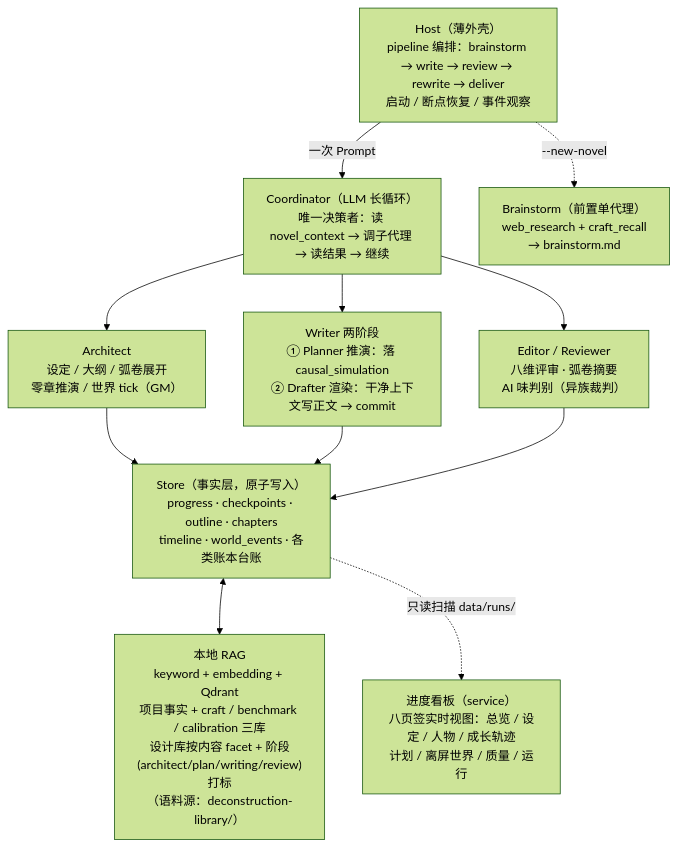
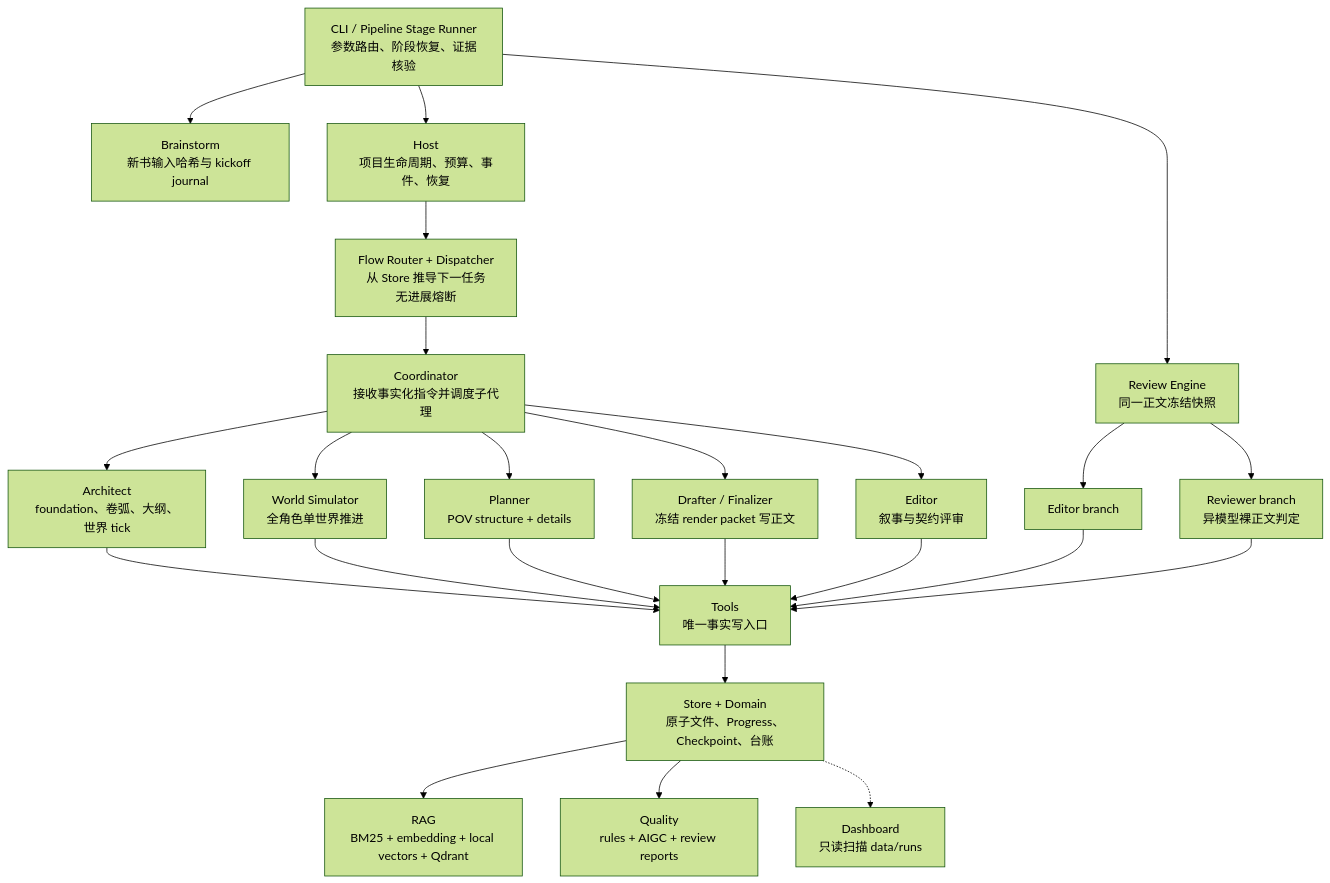
One commit to Xiaoyangy/novel-studio changed the first of 2 diagrams in README.md. Above: the diagram before and after it, drawn with Mermaid (forest theme). The commit also changed other lines of this file, not shown here.

Commit message:
docs: refresh architecture readme

````diff
--- a/README.md
+++ b/README.md
@@ -292,14 +121,30 @@
-```mermaid
+~~~mermaid
 flowchart TD
-    P["Host（薄外壳）<br/>pipeline 编排：brainstorm → write → review → rewrite → deliver<br/>启动 / 断点恢复 / 事件观察"]
-    P -->|一次 Prompt| CO["Coordinator（LLM 长循环）<br/>唯一决策者：读 novel_context → 调子代理 → 读结果 → 继续"]
-    P -.->|"--new-novel"| BS["Brainstorm（前置单代理）<br/>web_research + craft_recall<br/>→ brainstorm.md"]
-    CO --> AR["Architect<br/>设定 / 大纲 / 弧卷展开<br/>零章推演 / 世界 tick（GM）"]
-    CO --> WR["Writer 两阶段<br/>① Planner 推演：落 causal_simulation<br/>② Drafter 渲染：干净上下文写正文 → commit"]
-    CO --> ED["Editor / Reviewer<br/>八维评审 · 弧卷摘要<br/>AI 味判别（异族裁判）"]
-    AR --> ST["Store（事实层，原子写入）<br/>progress · checkpoints · outline · chapters<br/>timeline · world_events · 各类账本台账"]
-    WR --> ST
-    ED --> ST
-    ST <--> RAG["本地 RAG<br/>keyword + embedding + Qdrant<br/>项目事实 + craft / benchmark / calibration 三库<br/>设计库按内容 facet + 阶段(architect/plan/writing/review)打标<br/>（语料源：deconstruction-library/）"]
-    ST -.->|"只读扫描 data/runs/"| VIEW["进度看板（service）<br/>八页签实时视图：总览 / 设定 / 人物 / 成长轨迹<br/>计划 / 离屏世界 / 质量 / 运行"]
-```
+    CLI["CLI / Pipeline Stage Runner<br/>参数路由、阶段恢复、证据核验"] --> BS["Brainstorm<br/>新书输入哈希与 kickoff journal"]
+    CLI --> HOST["Host<br/>项目生命周期、预算、事件、恢复"]
+    HOST --> FLOW["Flow Router + Dispatcher<br/>从 Store 推导下一任务<br/>无进展熔断"]
+    FLOW --> CO["Coordinator<br/>接收事实化指令并调度子代理"]
+
+    CO --> AR["Architect<br/>foundation、卷弧、大纲、世界 tick"]
+    CO --> WS["World Simulator<br/>全角色单世界推进"]
+    CO --> PL["Planner<br/>POV structure + details"]
+    CO --> DR["Drafter / Finalizer<br/>冻结 render packet 写正文"]
+    CO --> ED["Editor<br/>叙事与契约评审"]
+
+    CLI --> REV["Review Engine<br/>同一正文冻结快照"]
+    REV --> EBR["Editor branch"]
+    REV --> RBR["Reviewer branch<br/>异模型裸正文判定"]
+
+    AR --> TOOLS["Tools<br/>唯一事实写入口"]
+    WS --> TOOLS
+    PL --> TOOLS
+    DR --> TOOLS
+    ED --> TOOLS
+    EBR --> TOOLS
+    RBR --> TOOLS
+
+    TOOLS --> STORE["Store + Domain<br/>原子文件、Progress、Checkpoint、台账"]
+    STORE --> RAG["RAG<br/>BM25 + embedding + local vectors + Qdrant"]
+    STORE --> QA["Quality<br/>rules + AIGC + review reports"]
+    STORE -.-> DASH["Dashboard<br/>只读扫描 data/runs"]
+~~~
````
